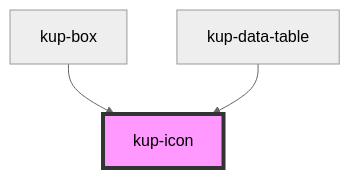
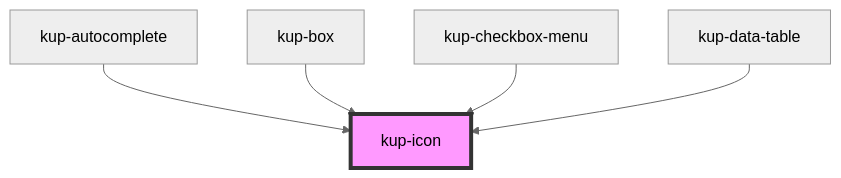
Before and after one commit to smeup/ketchup: the diagram in packages/ketchup/src/components/kup-icon/readme.md, drawn with Mermaid (neutral theme). The commit also changed other lines of this file and 166 other files, not shown here.

````diff
--- a/packages/ketchup/src/components/kup-icon/readme.md
+++ b/packages/ketchup/src/components/kup-icon/readme.md
@@ -26,6 +28,8 @@
 ```mermaid
 graph TD;
+  kup-autocomplete --> kup-icon
   kup-box --> kup-icon
+  kup-checkbox-menu --> kup-icon
   kup-data-table --> kup-icon
   style kup-icon fill:#f9f,stroke:#333,stroke-width:4px
 ```
````
